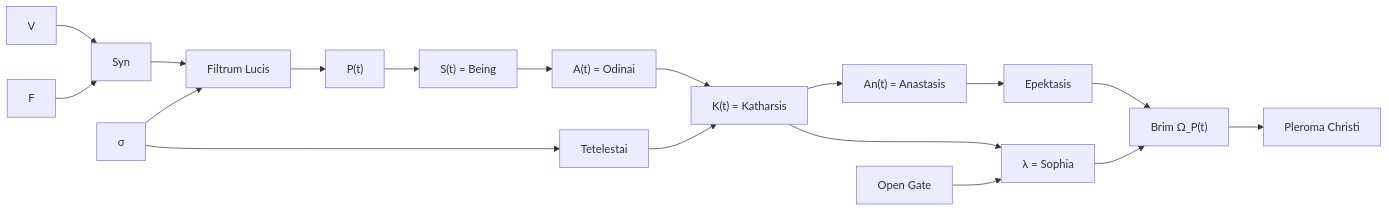
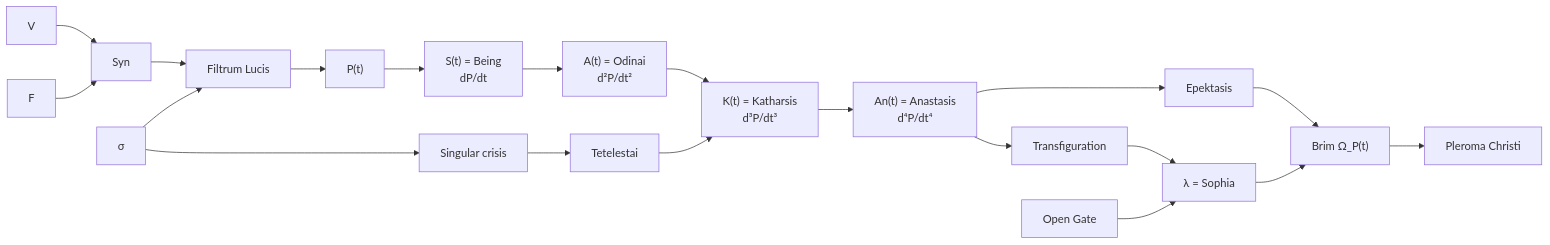
Before and after one commit to grunmax/avequ: the diagram in README.md, drawn with Mermaid.

Commit message:
readme fix

````diff
--- a/README.md
+++ b/README.md
@@ -25,23 +25,25 @@
 ```mermaid
 flowchart LR
     V["V"] --> SY["Syn"]
     F["F"] --> SY
     SY --> FL["Filtrum Lucis"]
     R["σ"] --> FL
 
     FL --> P["P(t)"]
-    P --> S["S(t) = Being"]
-    S --> A["A(t) = Odinai"]
-    A --> K["K(t) = Katharsis"]
-    K --> AN["An(t) = Anastasis"]
+    P --> S["S(t) = Being<br/>dP/dt"]
+    S --> A["A(t) = Odinai<br/>d²P/dt²"]
+    A --> K["K(t) = Katharsis<br/>d³P/dt³"]
+    K --> AN["An(t) = Anastasis<br/>d⁴P/dt⁴"]
     AN --> E["Epektasis"]
     E --> B["Brim Ω_P(t)"]
     B --> PC["Pleroma Christi"]
 
-    R --> T["Tetelestai"]
+    R --> SC["Singular crisis"]
+    SC --> T["Tetelestai"]
     T --> K
-    K --> L["λ = Sophia"]
+    AN --> TR["Transfiguration"]
+    TR --> L["λ = Sophia"]
 
     G["Open Gate"] --> L
     L --> B
 ```
````
